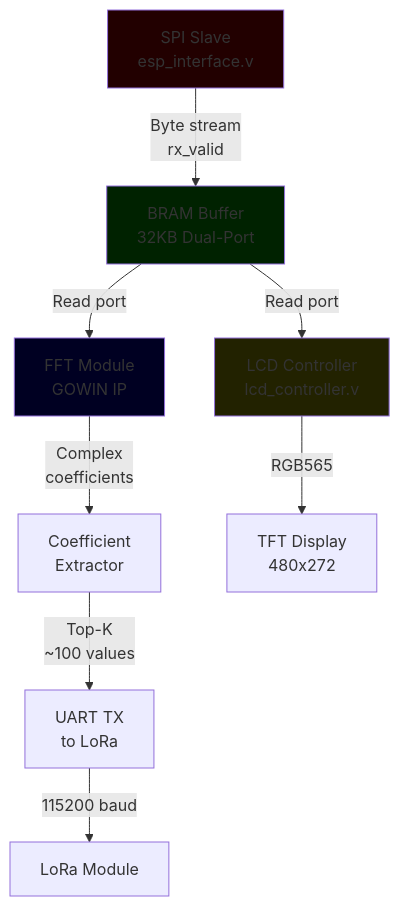
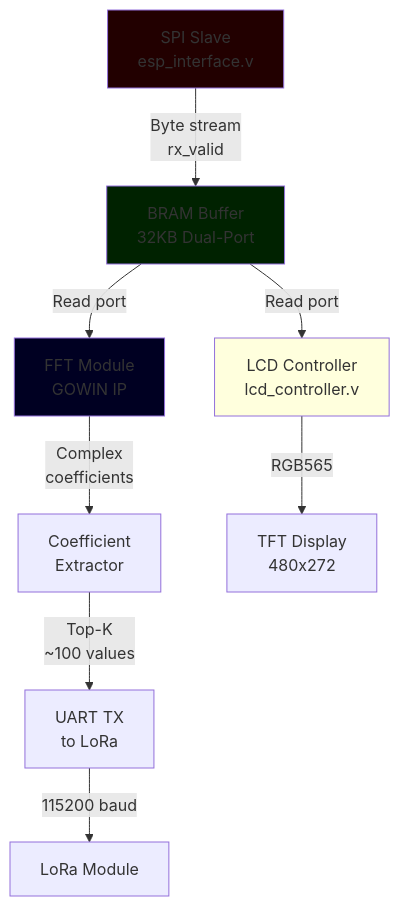
One commit to ColeZenk/SD403_TrailCamera_NDSU changed the first of 2 diagrams in FPGA_Unit/docs/SDD/SDD400.md. Above: the diagram before and after it, drawn with Mermaid.

Commit message:
updated colorscheme

````diff
--- a/FPGA_Unit/docs/SDD/SDD400.md
+++ b/FPGA_Unit/docs/SDD/SDD400.md
@@ -73,23 +73,23 @@
 ```mermaid
 flowchart TD
     SPI[SPI Slave<br/>esp_interface.v]
     BRAM[BRAM Buffer<br/>32KB Dual-Port]
     LCD_CTRL[LCD Controller<br/>lcd_controller.v]
     FFT[FFT Module<br/>GOWIN IP]
     COEFF[Coefficient<br/>Extractor]
     UART[UART TX<br/>to LoRa]
     TFT[TFT Display<br/>480x272]
 
     SPI -->|Byte stream<br/>rx_valid| BRAM
     BRAM -->|Read port| LCD_CTRL
     BRAM -->|Read port| FFT
     LCD_CTRL -->|RGB565| TFT
     FFT -->|Complex<br/>coefficients| COEFF
     COEFF -->|Top-K<br/>~100 values| UART
     UART -->|115200 baud| LORA_TX[LoRa Module]
 
     style SPI fill:#220000
     style BRAM fill:#002200
     style FFT fill:#000022
-    style LCD_CTRL fill:#222200
+    style LCD_CTRL fill:#ffffdd
 ```
````
